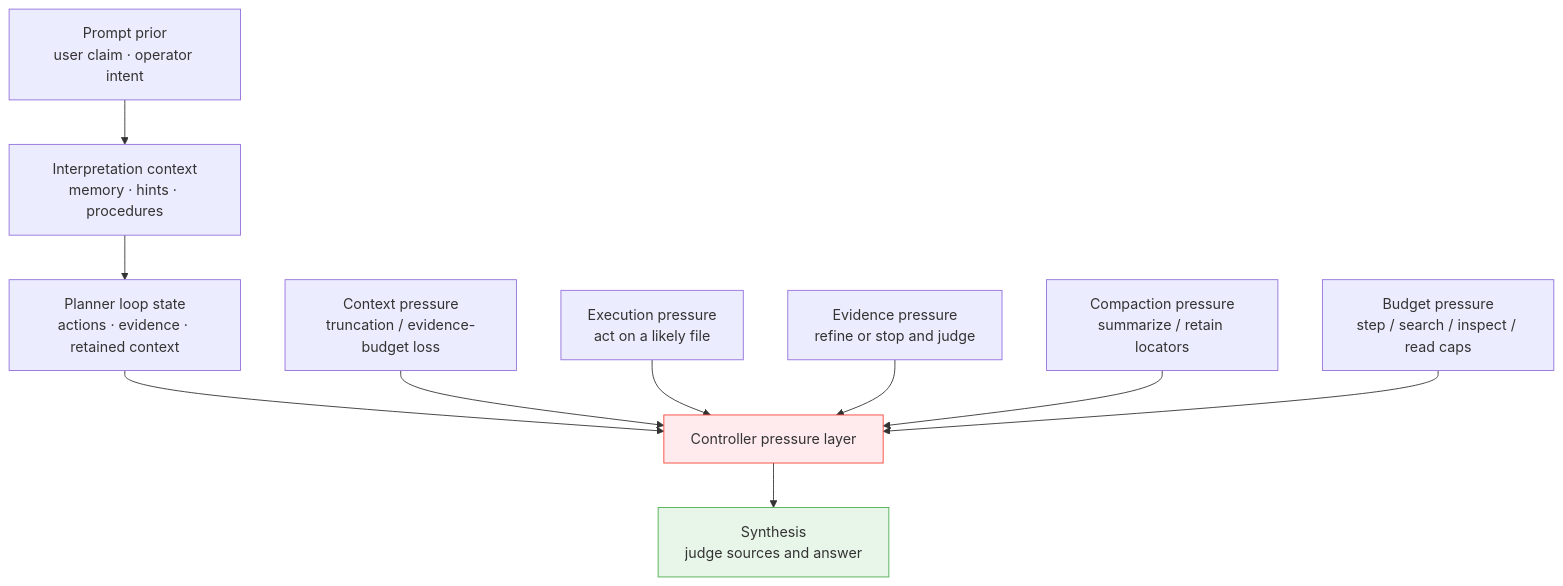
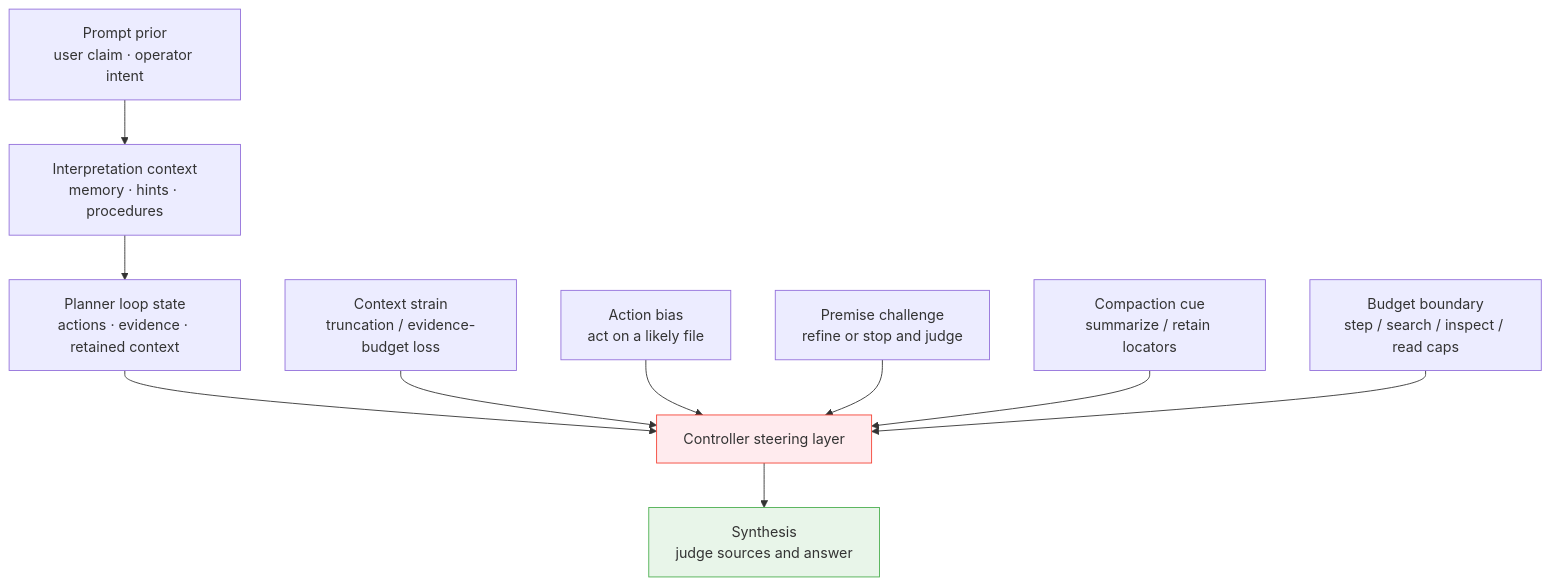
Before and after one commit to spoke-sh/paddles: the fourth of 6 diagrams in README.md, drawn with Mermaid. The commit also changed other lines of this file and 20 other files, not shown here.

First line of the commit message:
Rename pressure systems to steering signals

````diff
--- a/README.md
+++ b/README.md
@@ -115,24 +115,24 @@
 ```mermaid
 flowchart TD
     P["Prompt prior<br/>user claim · operator intent"]
     I["Interpretation context<br/>memory · hints · procedures"]
     L["Planner loop state<br/>actions · evidence · retained context"]
-    C["Controller pressure layer"]
+    C["Controller steering layer"]
     S["Synthesis<br/>judge sources and answer"]
 
-    CP["Context pressure<br/>truncation / evidence-budget loss"]
-    EP["Execution pressure<br/>act on a likely file"]
-    EVP["Evidence pressure<br/>refine or stop and judge"]
-    CMP["Compaction pressure<br/>summarize / retain locators"]
-    BP["Budget pressure<br/>step / search / inspect / read caps"]
+    CP["Context strain<br/>truncation / evidence-budget loss"]
+    EP["Action bias<br/>act on a likely file"]
+    EVP["Premise challenge<br/>refine or stop and judge"]
+    CMP["Compaction cue<br/>summarize / retain locators"]
+    BP["Budget boundary<br/>step / search / inspect / read caps"]
 
     P --> I --> L --> C --> S
     CP --> C
     EP --> C
     EVP --> C
     CMP --> C
     BP --> C
 
     style C fill:#ffebee,stroke:#f44336
     style S fill:#e8f5e9,stroke:#4CAF50
 ```
````
